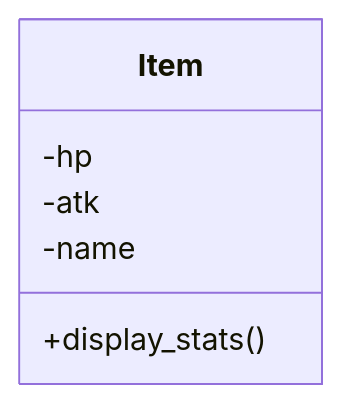
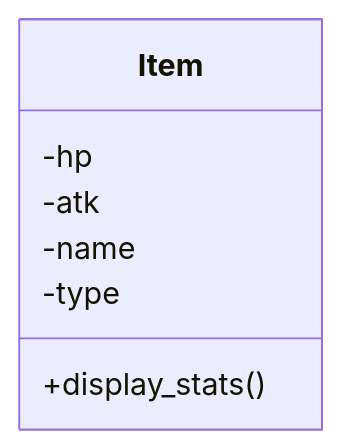
Before and after one commit to edward-yee-ny/j1-summary-project-private-: the fourth of 4 diagrams in README.md, drawn with Mermaid.

````diff
--- a/README.md
+++ b/README.md
@@ -119,7 +119,8 @@
 ```mermaid
 classDiagram
     Item : -hp
     Item : -atk
     Item : -name
+    Item : -type
     Item : +display_stats()
 ```
````
